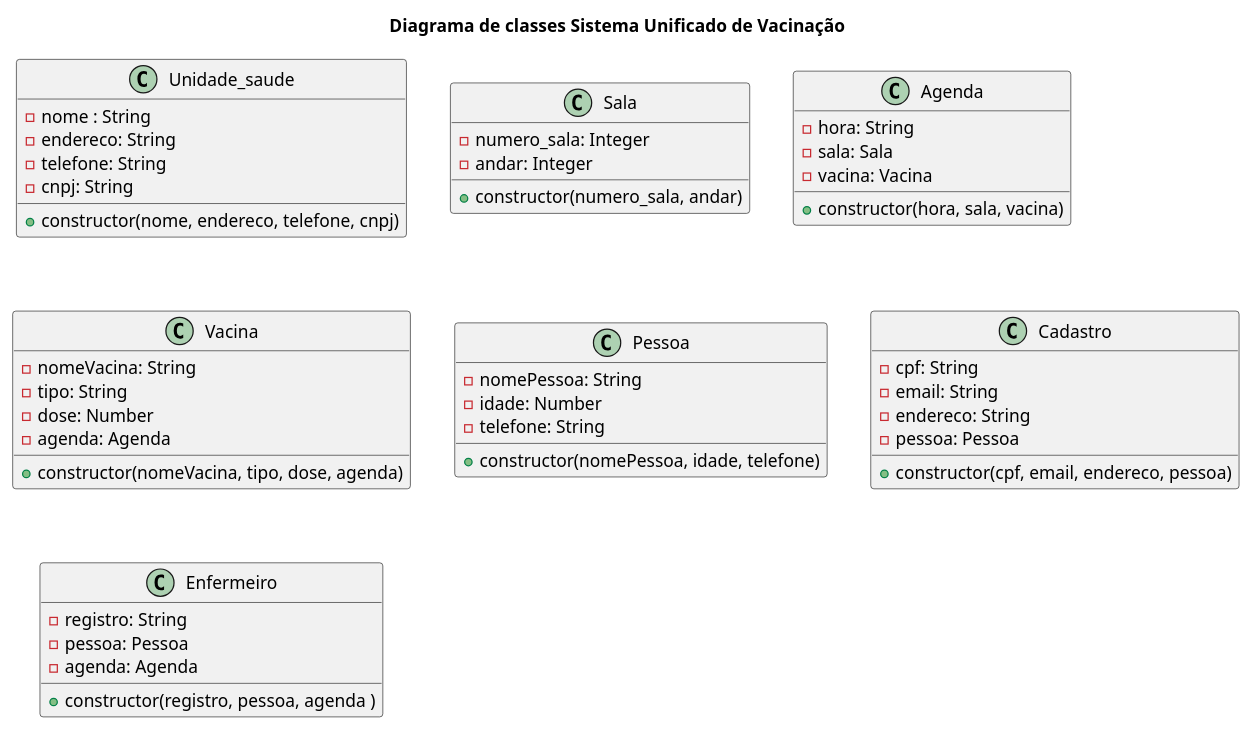
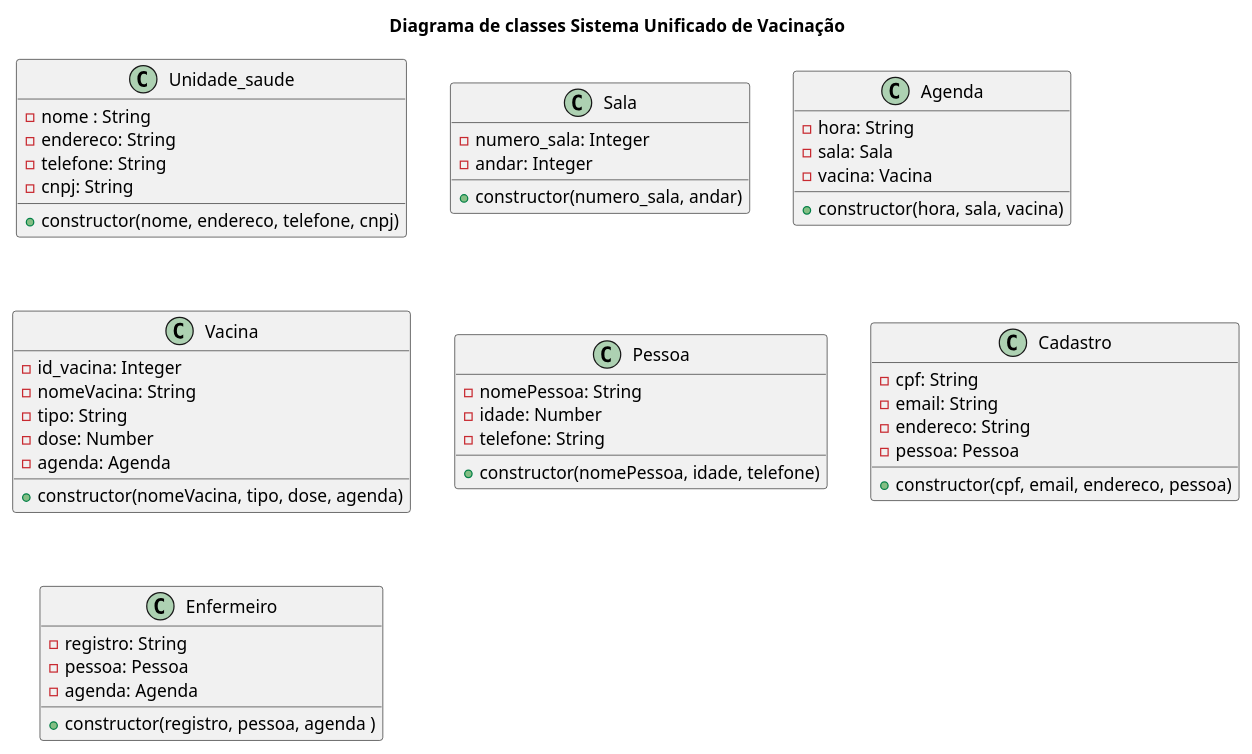
One commit to anleaes/2022-1-N2-POO-01 changed the diagram in diagrama_classe.plantuml. Above: the diagram before and after it, drawn with PlantUML.

Commit message:
implementado um atributo para a classe vacina id_vacina

```diff
--- a/diagrama_classe.plantuml
+++ b/diagrama_classe.plantuml
@@ -1,59 +1,60 @@
 @startuml
 
 title Diagrama de classes Sistema Unificado de Vacinação
 
 class Unidade_saude{
     - nome : String
     - endereco: String
     - telefone: String
     - cnpj: String
     + constructor(nome, endereco, telefone, cnpj)
 }
 
 class Sala{
     - numero_sala: Integer
     - andar: Integer
     + constructor(numero_sala, andar)
 }
 
 class Agenda{
     - hora: String
     - sala: Sala
     - vacina: Vacina
     + constructor(hora, sala, vacina)
 }
 
 
 Class Vacina{
+    - id_vacina: Integer
     - nomeVacina: String
     - tipo: String
     - dose: Number
     - agenda: Agenda
     + constructor(nomeVacina, tipo, dose, agenda)
 }
 
 class Pessoa{
     - nomePessoa: String
     - idade: Number
     - telefone: String
     + constructor(nomePessoa, idade, telefone)
 }
 
 class Cadastro {
     - cpf: String
     - email: String
     - endereco: String
     - pessoa: Pessoa
     + constructor(cpf, email, endereco, pessoa)
 }
 
 class Enfermeiro {
     - registro: String
     - pessoa: Pessoa
     - agenda: Agenda
     + constructor(registro, pessoa, agenda )
 }
 
 
 
 @enduml
```
